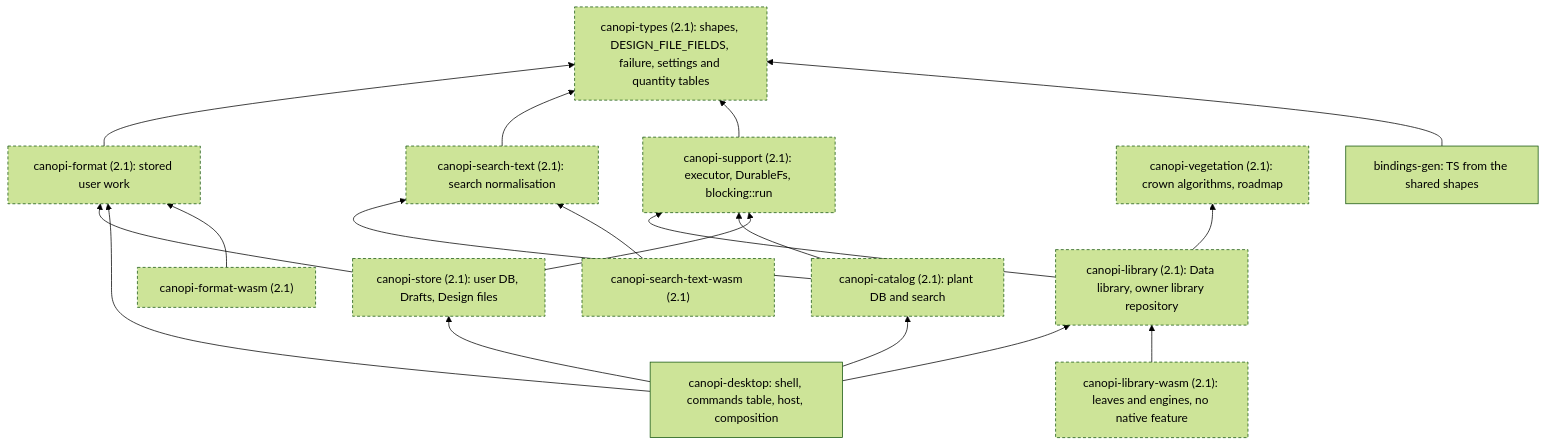
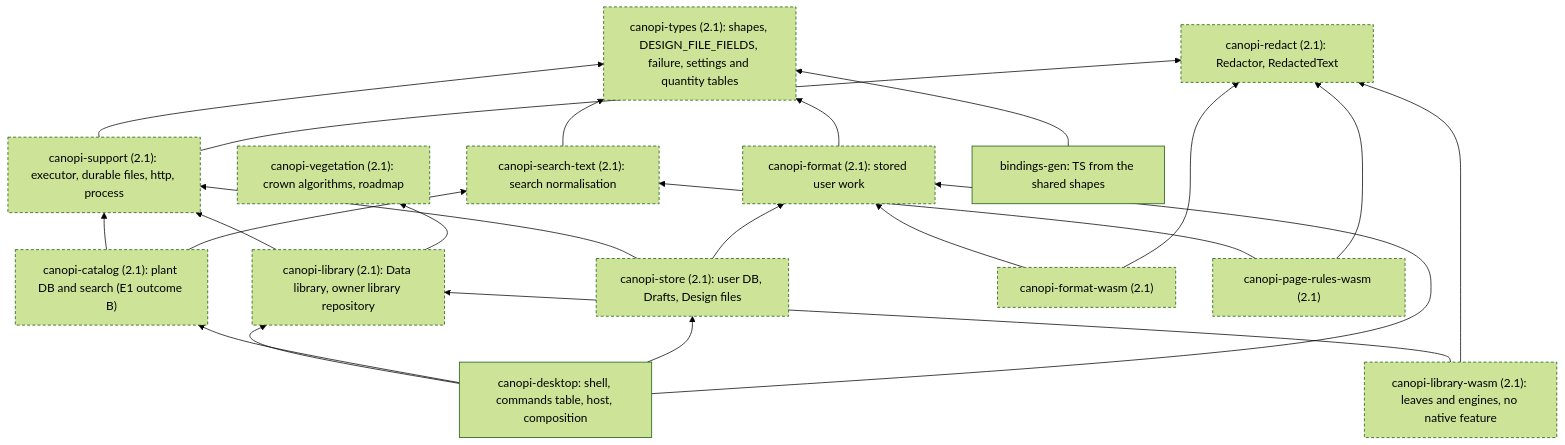
One commit to opencanopi/canopi changed the seventh of 8 diagrams in docs/architecture/components.md. Above: the diagram before and after it, drawn with Mermaid (forest theme). The commit also changed other lines of this file and 33 other files, not shown here.

Commit message:
docs: apply the architecture review's findings to ADRs, plan, contracts, ledger and model

````diff
--- a/docs/architecture/components.md
+++ b/docs/architecture/components.md
@@ -261,34 +261,39 @@
 ```mermaid
 flowchart BT
   classDef target stroke-dasharray: 4 3
   types["canopi-types (2.1): shapes, DESIGN_FILE_FIELDS, failure, settings and quantity tables"]:::target
   fmt["canopi-format (2.1): stored user work"]:::target
   st["canopi-search-text (2.1): search normalisation"]:::target
-  sup["canopi-support (2.1): executor, DurableFs, blocking::run"]:::target
+  sup["canopi-support (2.1): executor, durable files, http, process"]:::target
   veg["canopi-vegetation (2.1): crown algorithms, roadmap"]:::target
   lib["canopi-library (2.1): Data library, owner library repository"]:::target
-  cat["canopi-catalog (2.1): plant DB and search"]:::target
+  cat["canopi-catalog (2.1): plant DB and search (E1 outcome B)"]:::target
   store["canopi-store (2.1): user DB, Drafts, Design files"]:::target
   desk["canopi-desktop: shell, commands table, host, composition"]
   bg["bindings-gen: TS from the shared shapes"]
   fw["canopi-format-wasm (2.1)"]:::target
-  sw["canopi-search-text-wasm (2.1)"]:::target
+  sw["canopi-page-rules-wasm (2.1)"]:::target
+  rd["canopi-redact (2.1): Redactor, RedactedText"]:::target
   lw["canopi-library-wasm (2.1): leaves and engines, no native feature"]:::target
   fmt --> types
   st --> types
   sup --> types
   lib --> sup
   lib --> veg
   cat --> sup
   cat --> st
   store --> sup
   store --> fmt
   desk --> lib
   desk --> cat
   desk --> store
   desk --> fmt
   bg --> types
   fw --> fmt
   sw --> st
   lw --> lib
+  sup --> rd
+  fw --> rd
+  sw --> rd
+  lw --> rd
 ```
````
